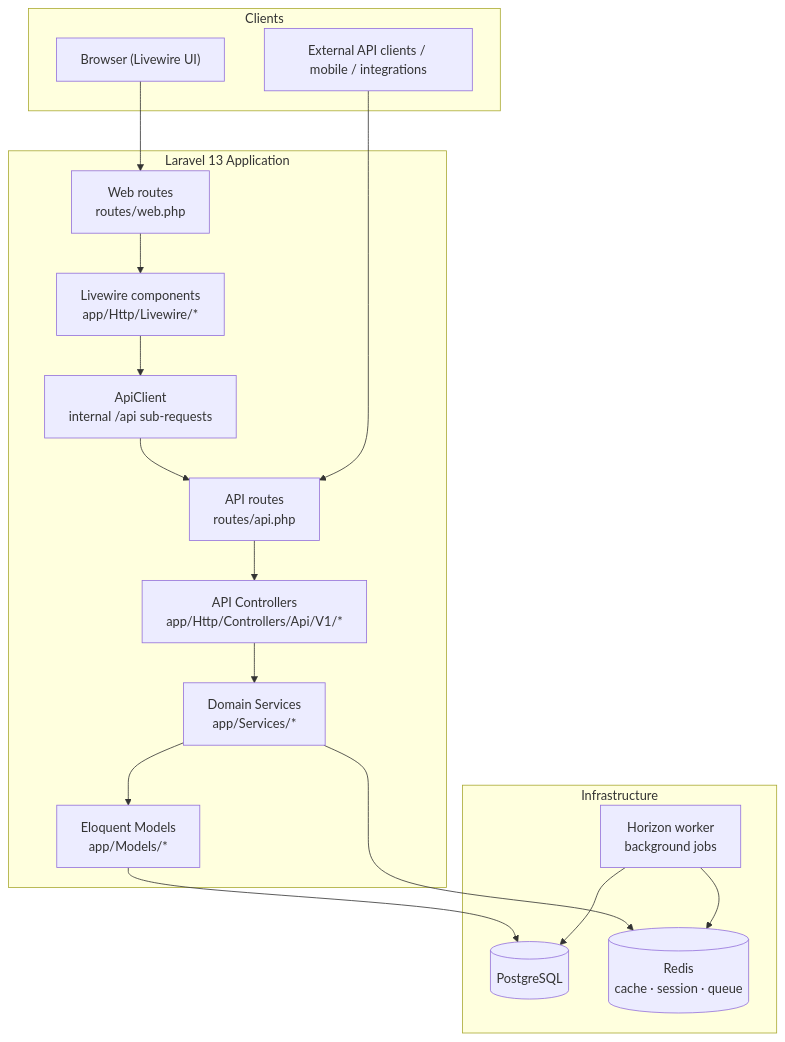
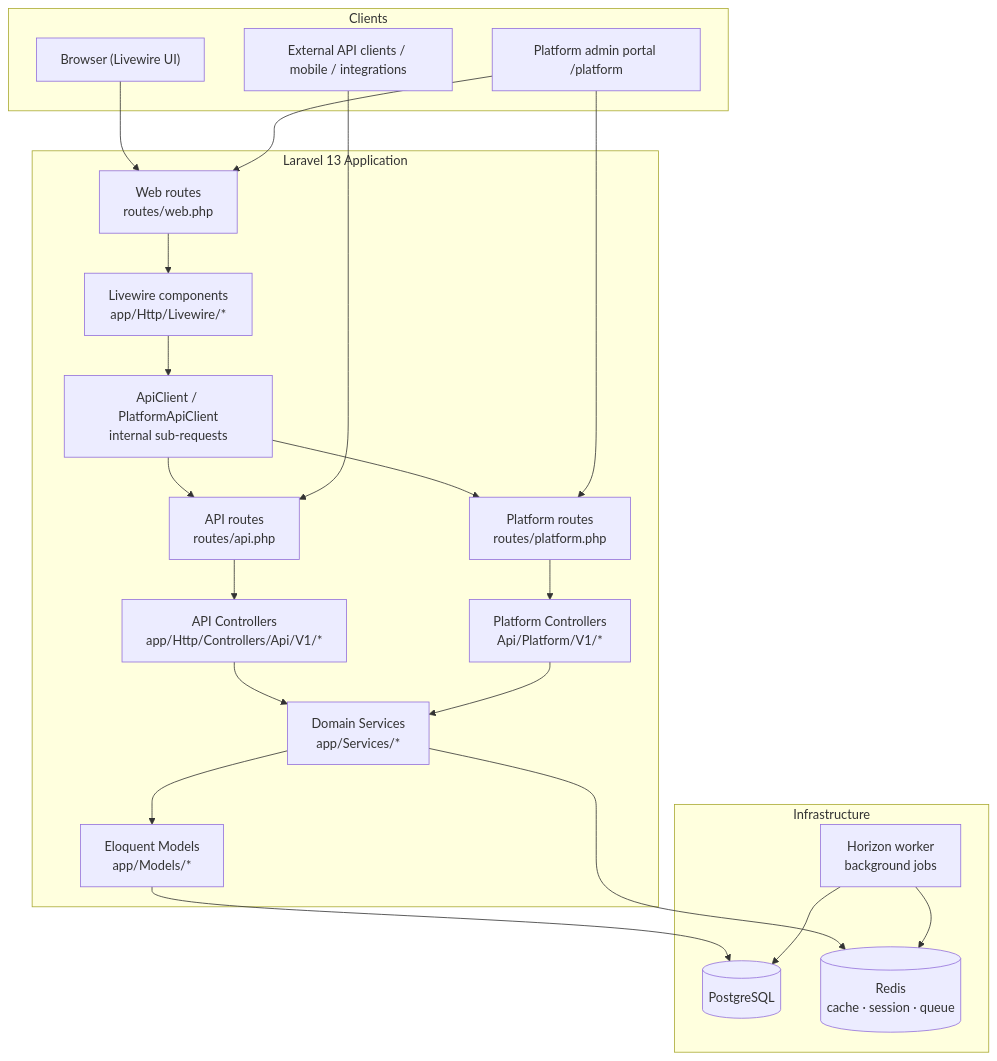
The first of 17 diagrams in docs/ARCHITECTURE.md (musafci/Inventory-Management-SaaS), drawn with Mermaid before and after one commit. The commit also changed other lines of this file and 65 other files, not shown here.

Commit message:
Implement super admin portal functionality

````diff
--- a/docs/ARCHITECTURE.md
+++ b/docs/ARCHITECTURE.md
@@ -11,39 +13,47 @@
 ```mermaid
 flowchart TB
     subgraph Client["Clients"]
         Browser["Browser (Livewire UI)"]
         APIClient["External API clients / mobile / integrations"]
+        PlatformPortal["Platform admin portal /platform"]
     end
 
     subgraph Laravel["Laravel 13 Application"]
         WebRoutes["Web routes<br/>routes/web.php"]
         APIRoutes["API routes<br/>routes/api.php"]
+        PlatformRoutes["Platform routes<br/>routes/platform.php"]
         Livewire["Livewire components<br/>app/Http/Livewire/*"]
-        ApiBridge["ApiClient<br/>internal /api sub-requests"]
+        ApiBridge["ApiClient / PlatformApiClient<br/>internal sub-requests"]
         Controllers["API Controllers<br/>app/Http/Controllers/Api/V1/*"]
+        PlatformCtrl["Platform Controllers<br/>Api/Platform/V1/*"]
         Services["Domain Services<br/>app/Services/*"]
         Models["Eloquent Models<br/>app/Models/*"]
     end
 
     subgraph Infra["Infrastructure"]
         PG[(PostgreSQL)]
         Redis[(Redis<br/>cache · session · queue)]
         Horizon["Horizon worker<br/>background jobs"]
     end
 
     Browser --> WebRoutes
+    PlatformPortal --> WebRoutes
     WebRoutes --> Livewire
     Livewire --> ApiBridge
     ApiBridge --> APIRoutes
+    ApiBridge --> PlatformRoutes
 
     APIClient --> APIRoutes
+    PlatformPortal --> PlatformRoutes
 
     APIRoutes --> Controllers
+    PlatformRoutes --> PlatformCtrl
     Controllers --> Services
+    PlatformCtrl --> Services
     Services --> Models
     Models --> PG
 
     Services --> Redis
     Horizon --> Redis
     Horizon --> PG
 ```
````
